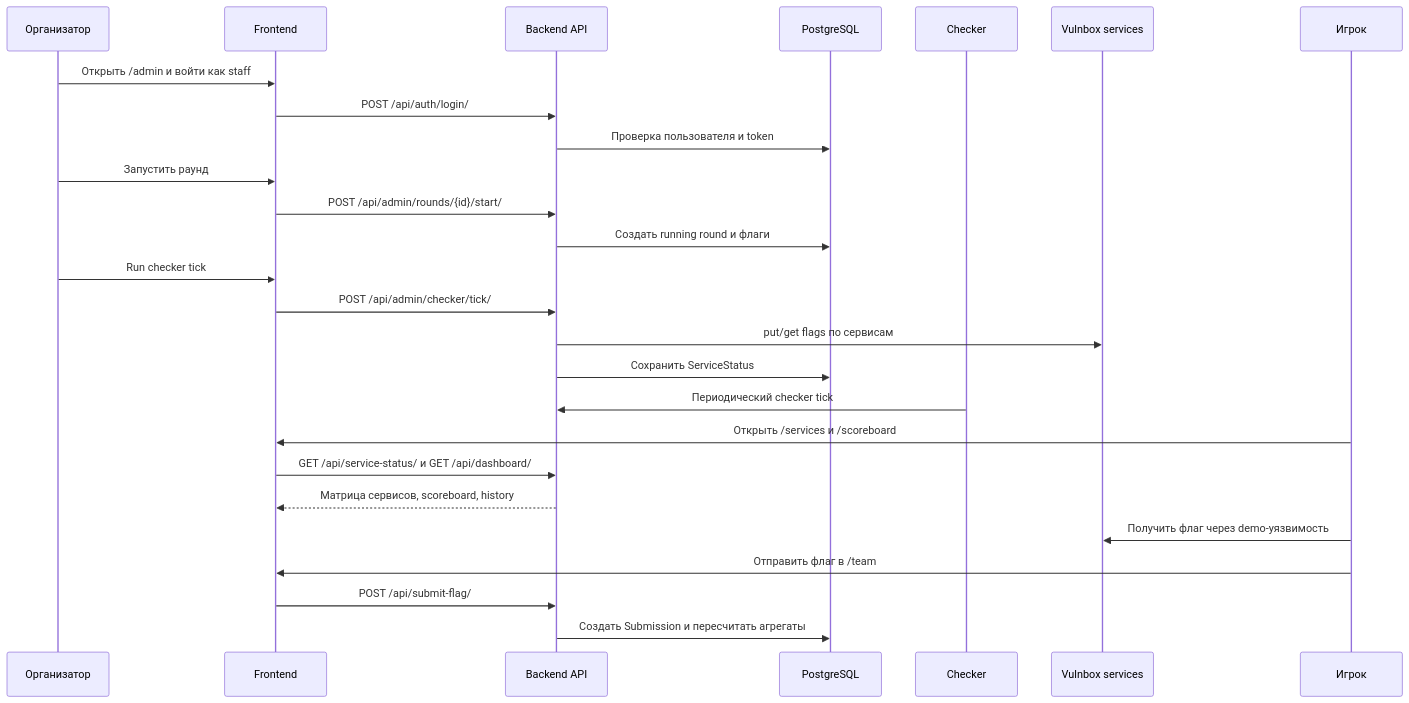
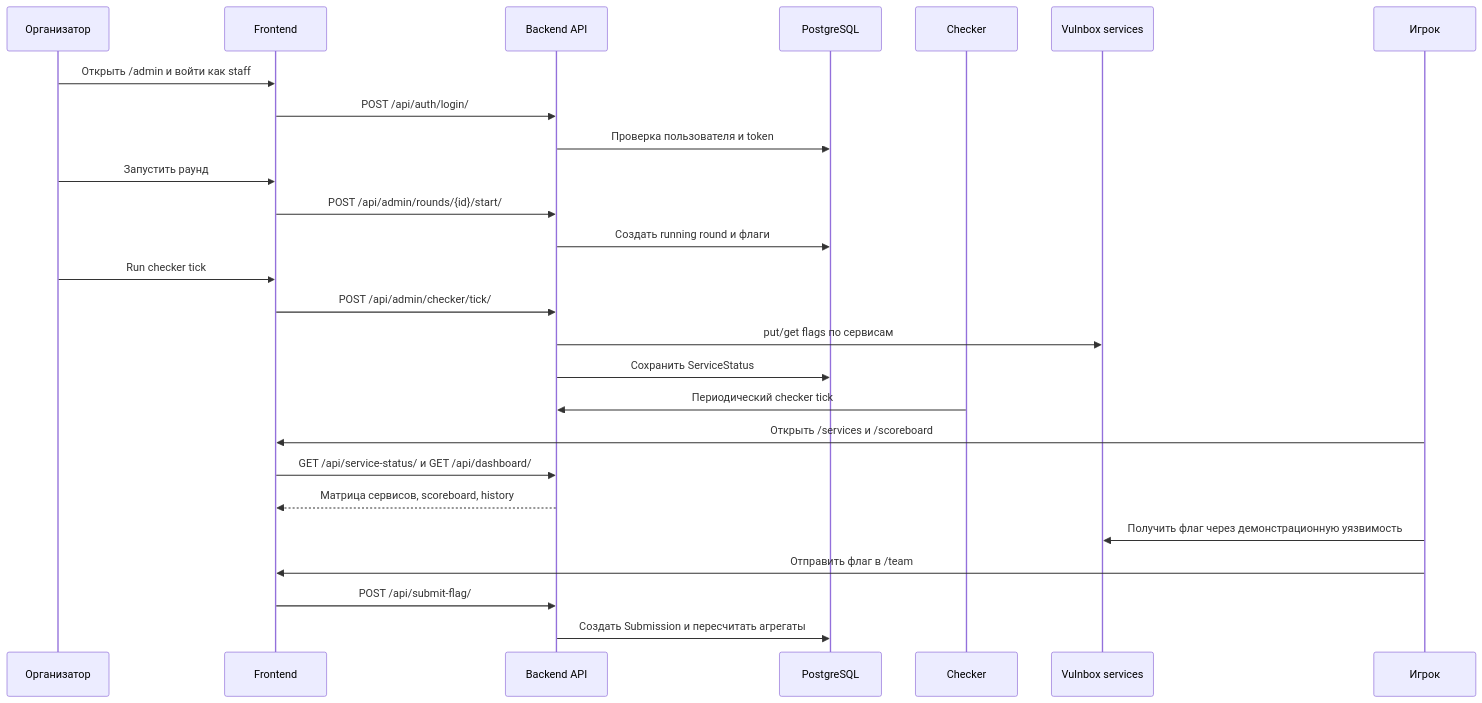
One commit to cjimhanter/baltctf changed the fifth of 5 diagrams in docs/diploma/07-figures.md. Above: the diagram before and after it, drawn with Mermaid. The commit also changed other lines of this file and 17 other files, not shown here.

````diff
--- a/docs/diploma/07-figures.md
+++ b/docs/diploma/07-figures.md
@@ -203,29 +205,29 @@
 ```mermaid
 sequenceDiagram
     participant O as Организатор
     participant F as Frontend
     participant B as Backend API
     participant DB as PostgreSQL
     participant C as Checker
     participant V as Vulnbox services
     participant P as Игрок
 
     O->>F: Открыть /admin и войти как staff
     F->>B: POST /api/auth/login/
     B->>DB: Проверка пользователя и token
     O->>F: Запустить раунд
     F->>B: POST /api/admin/rounds/{id}/start/
     B->>DB: Создать running round и флаги
     O->>F: Run checker tick
     F->>B: POST /api/admin/checker/tick/
     B->>V: put/get flags по сервисам
     B->>DB: Сохранить ServiceStatus
     C->>B: Периодический checker tick
     P->>F: Открыть /services и /scoreboard
     F->>B: GET /api/service-status/ и GET /api/dashboard/
     B-->>F: Матрица сервисов, scoreboard, history
-    P->>V: Получить флаг через demo-уязвимость
+    P->>V: Получить флаг через демонстрационную уязвимость
     P->>F: Отправить флаг в /team
     F->>B: POST /api/submit-flag/
     B->>DB: Создать Submission и пересчитать агрегаты
 ```
````
